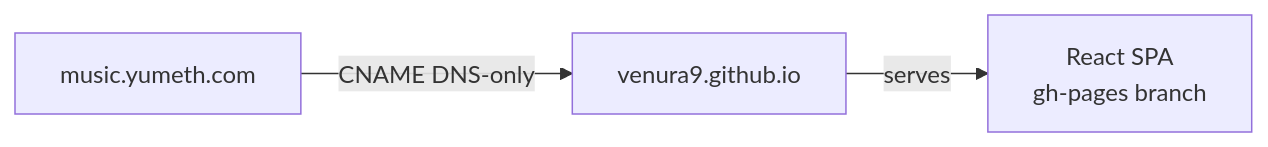
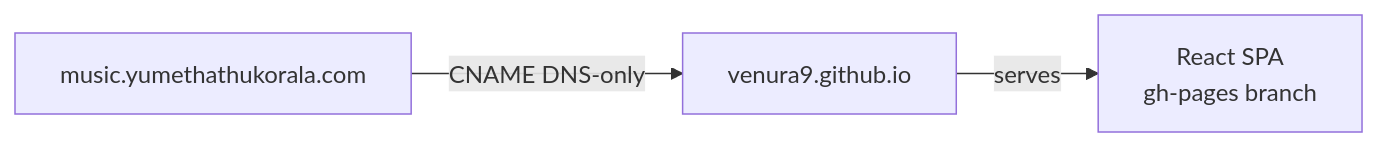
The second of 2 diagrams in docs/diagrams/architecture.md (venura9/deck-of-cards-gh-pages), drawn with Mermaid before and after one commit. The commit also changed other lines of this file and 5 other files, not shown here.

First line of the commit message:
fix: update domain to yumethathukorala.com and use built-in GITHUB_TOKEN

````diff
--- a/docs/diagrams/architecture.md
+++ b/docs/diagrams/architecture.md
@@ -15,5 +15,5 @@
 ```mermaid
 flowchart LR
-    A[music.yumeth.com] -->|CNAME DNS-only| B[venura9.github.io]
+    A[music.yumethathukorala.com] -->|CNAME DNS-only| B[venura9.github.io]
     B -->|serves| C[React SPA<br/>gh-pages branch]
 ```
````
